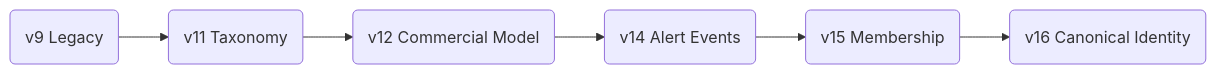
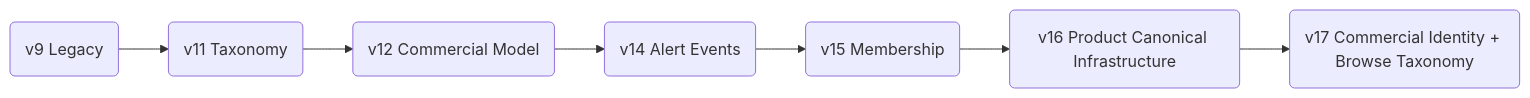
One commit to yorologo/DealHunter changed the third of 3 diagrams in docs/ARCHITECTURE.md. Above: the diagram before and after it, drawn with Mermaid. The commit also changed other lines of this file and 8 other files, not shown here.

````diff
--- a/docs/ARCHITECTURE.md
+++ b/docs/ARCHITECTURE.md
@@ -32,8 +34,9 @@
 ```mermaid
 graph LR
     V9(v9 Legacy) --> V11(v11 Taxonomy)
     V11 --> V12(v12 Commercial Model)
     V12 --> V14(v14 Alert Events)
     V14 --> V15(v15 Membership)
-    V15 --> V16(v16 Canonical Identity)
+    V15 --> V16(v16 Product Canonical Infrastructure)
+    V16 --> V17(v17 Commercial Identity + Browse Taxonomy)
 ```
````
